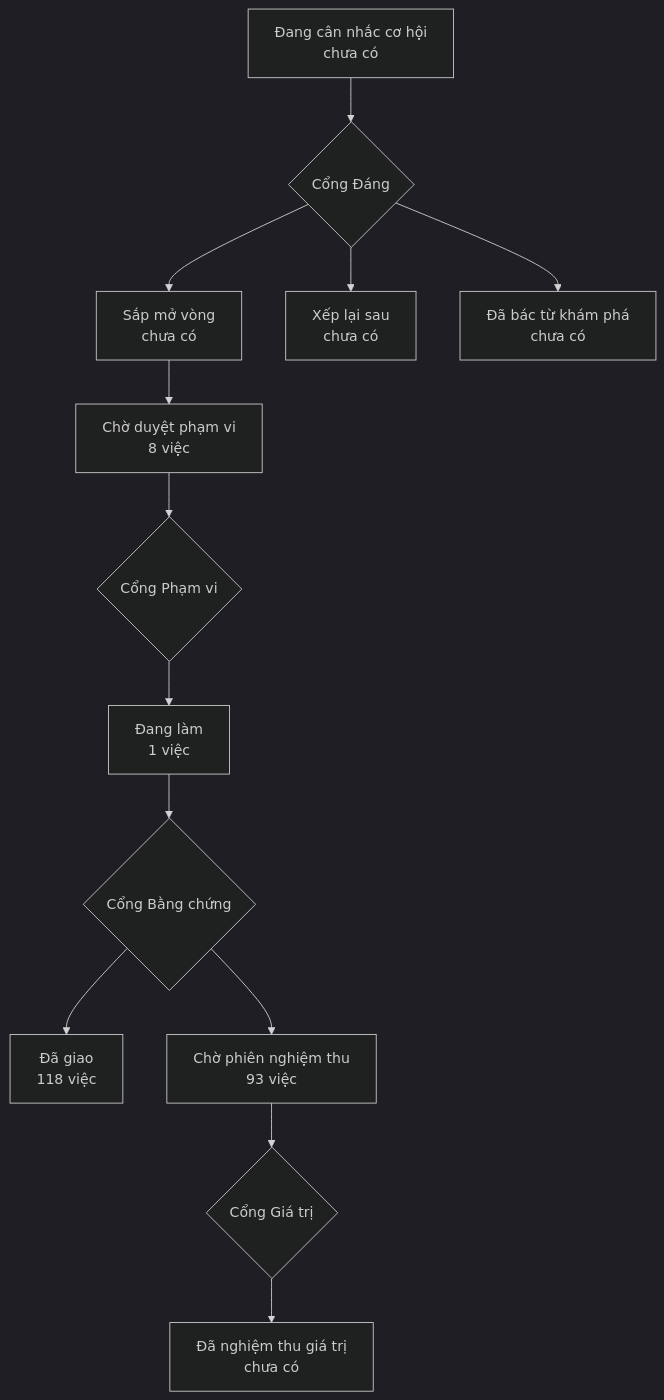
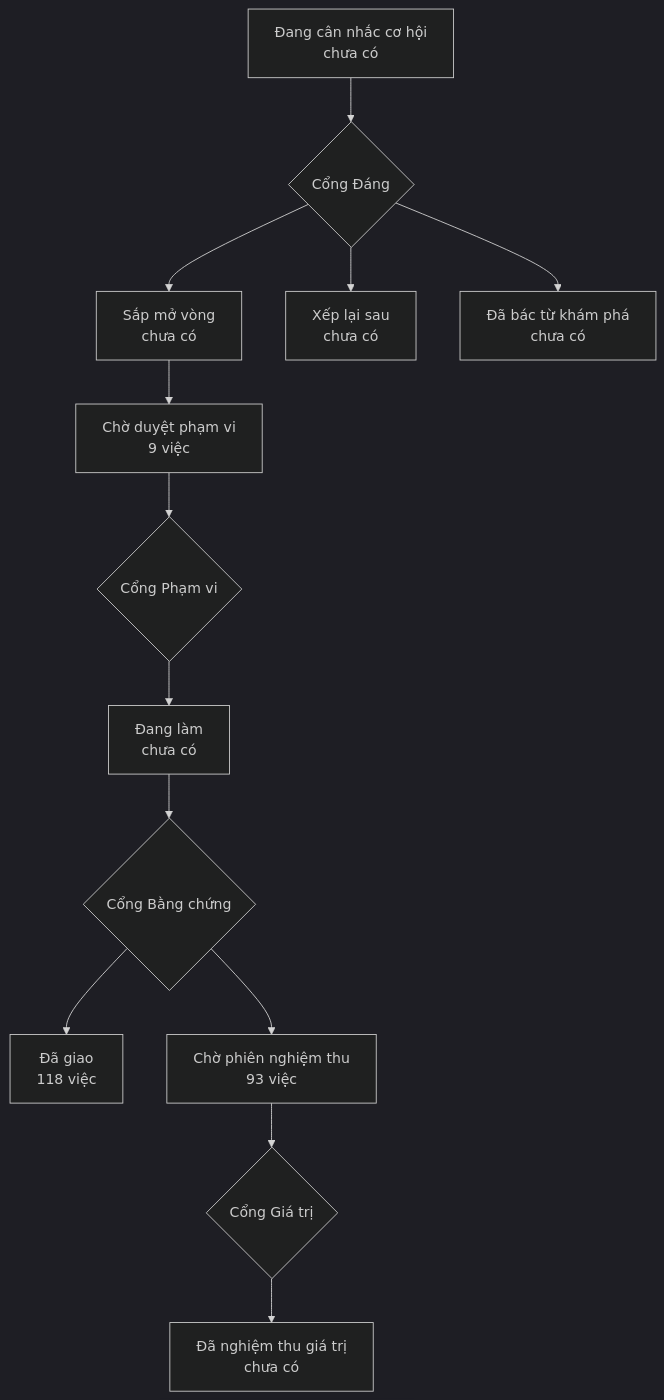
The diagram in PRODUCT-MAP.md (phanlemanh/onehub-invest), drawn with Mermaid (dark theme) before and after one commit. The commit also changed other lines of this file and 9 other files, not shown here.

Commit message:
docs(s03-len-cong): ngả B — cột loại hình nhận giá trị suy, lên T3, mở lại Cổng Phạm vi

````diff
--- a/PRODUCT-MAP.md
+++ b/PRODUCT-MAP.md
@@ -7,12 +7,12 @@
 ```mermaid
 flowchart TD
   A["Đang cân nhắc cơ hội<br/>chưa có"] --> GD{"Cổng Đáng"}
   GD --> B["Sắp mở vòng<br/>chưa có"]
   GD --> XL["Xếp lại sau<br/>chưa có"]
   GD --> DB["Đã bác từ khám phá<br/>chưa có"]
-  B --> CD["Chờ duyệt phạm vi<br/>8 việc"] --> GP{"Cổng Phạm vi"}
-  GP --> DL["Đang làm<br/>1 việc"] --> GB{"Cổng Bằng chứng"}
+  B --> CD["Chờ duyệt phạm vi<br/>9 việc"] --> GP{"Cổng Phạm vi"}
+  GP --> DL["Đang làm<br/>chưa có"] --> GB{"Cổng Bằng chứng"}
   GB --> DG["Đã giao<br/>118 việc"]
   GB --> CN["Chờ phiên nghiệm thu<br/>93 việc"] --> GG{"Cổng Giá trị"}
   GG --> NT["Đã nghiệm thu giá trị<br/>chưa có"]
 ```
````
